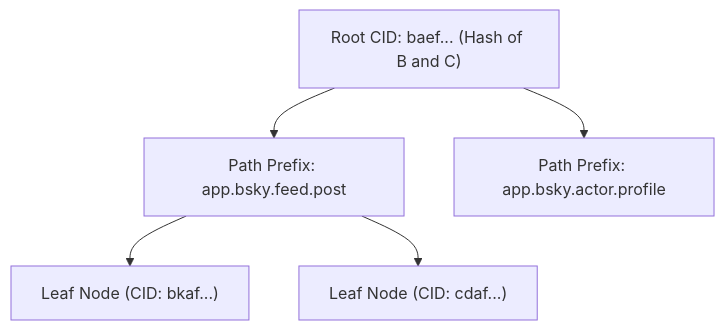
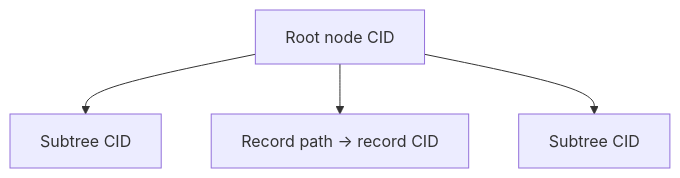
One commit to jvalinsky/garazyk changed the diagram in Garazyk/docs-site/src/content/docs/atproto/merkle-search-trees.md. Above: the diagram before and after it, drawn with Mermaid. The commit also changed other lines of this file and 18 other files, not shown here.

````diff
--- a/Garazyk/docs-site/src/content/docs/atproto/merkle-search-trees.md
+++ b/Garazyk/docs-site/src/content/docs/atproto/merkle-search-trees.md
@@ -15,7 +14,6 @@
 ```mermaid
 graph TD
-    A["Root CID: baef... (Hash of B and C)"] --> B["Path Prefix: app.bsky.feed.post"]
-    A --> C["Path Prefix: app.bsky.actor.profile"]
-    B --> D["Leaf Node (CID: bkaf...)"]
-    B --> E["Leaf Node (CID: cdaf...)"]
+    Root["Root node CID"] --> Left["Subtree CID"]
+    Root --> Entry["Record path -> record CID"]
+    Root --> Right["Subtree CID"]
 ```
````
